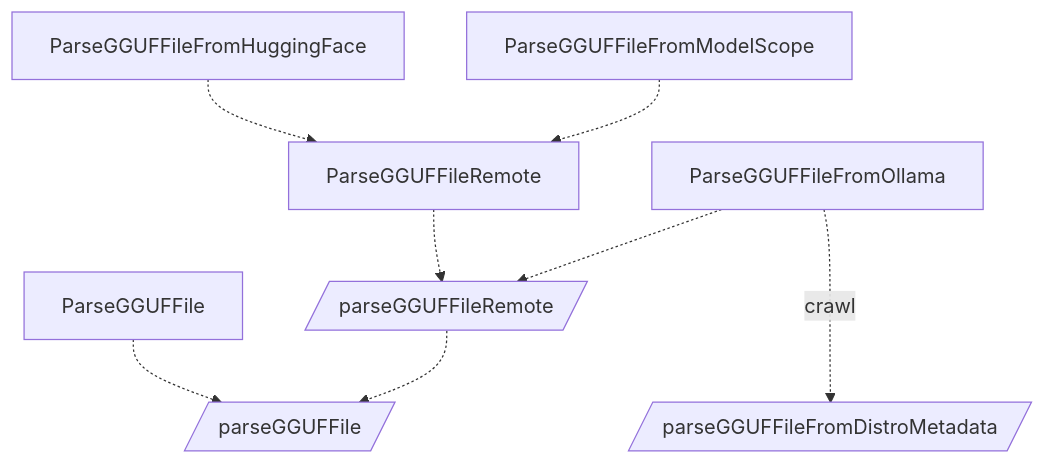
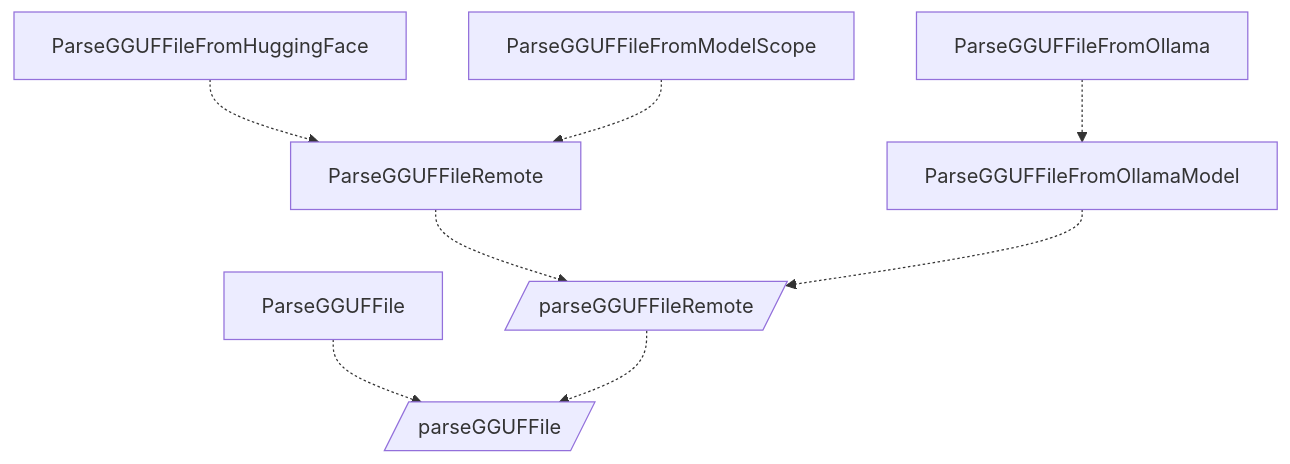
One commit to gpustack/gguf-parser-go changed the diagram in README.md. Above: the diagram before and after it, drawn with Mermaid. The commit also changed 10 other files, not shown here.

Commit message:
refactor: mark ollama crawl as deprecated

````diff
--- a/README.md
+++ b/README.md
@@ -30,13 +30,12 @@
 ```mermaid
 flowchart
     parseGGUFFileRemote[/parseGGUFFileRemote/]
     parseGGUFFile[/parseGGUFFile/]
-    parseGGUFFileFromDistroMetadata[/parseGGUFFileFromDistroMetadata/]
     ParseGGUFFile -.-> parseGGUFFile
     ParseGGUFFileFromHuggingFace -.-> ParseGGUFFileRemote
     ParseGGUFFileFromModelScope -.-> ParseGGUFFileRemote
     ParseGGUFFileRemote -.-> parseGGUFFileRemote
     parseGGUFFileRemote -.-> parseGGUFFile
-    ParseGGUFFileFromOllama -.-> parseGGUFFileRemote
-    ParseGGUFFileFromOllama -..->|crawl| parseGGUFFileFromDistroMetadata
+    ParseGGUFFileFromOllama -.-> ParseGGUFFileFromOllamaModel
+    ParseGGUFFileFromOllamaModel -.-> parseGGUFFileRemote
 ```
````
